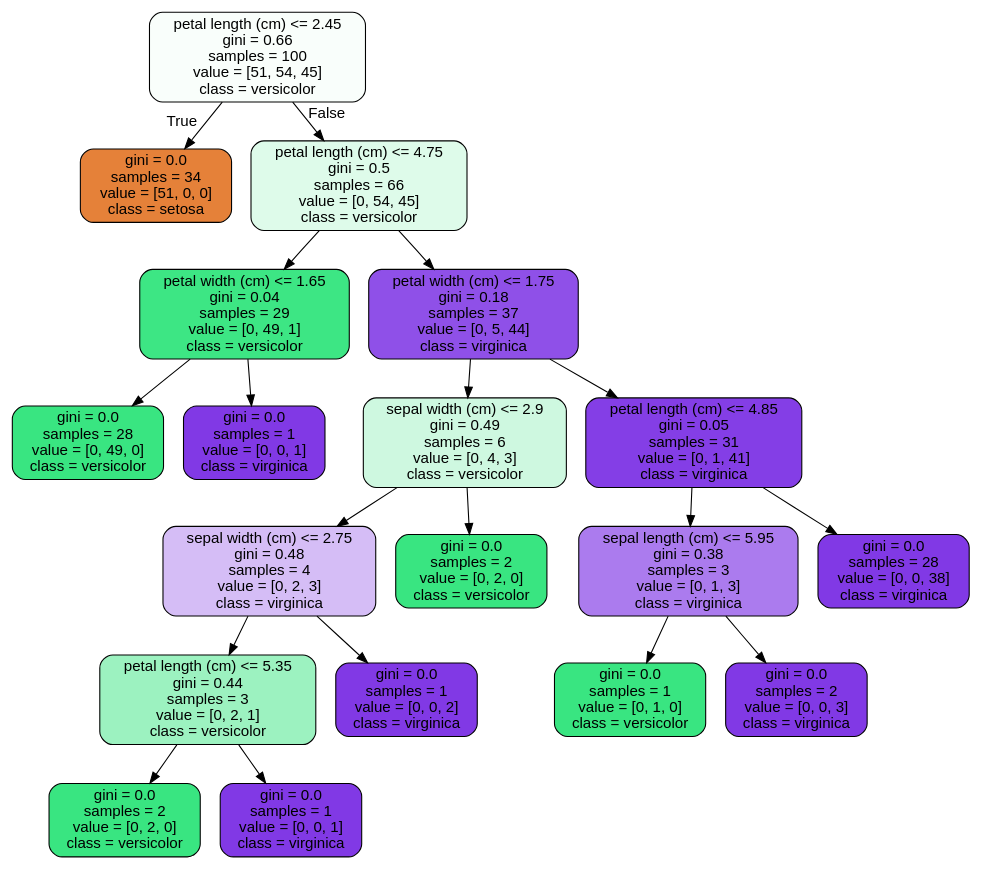
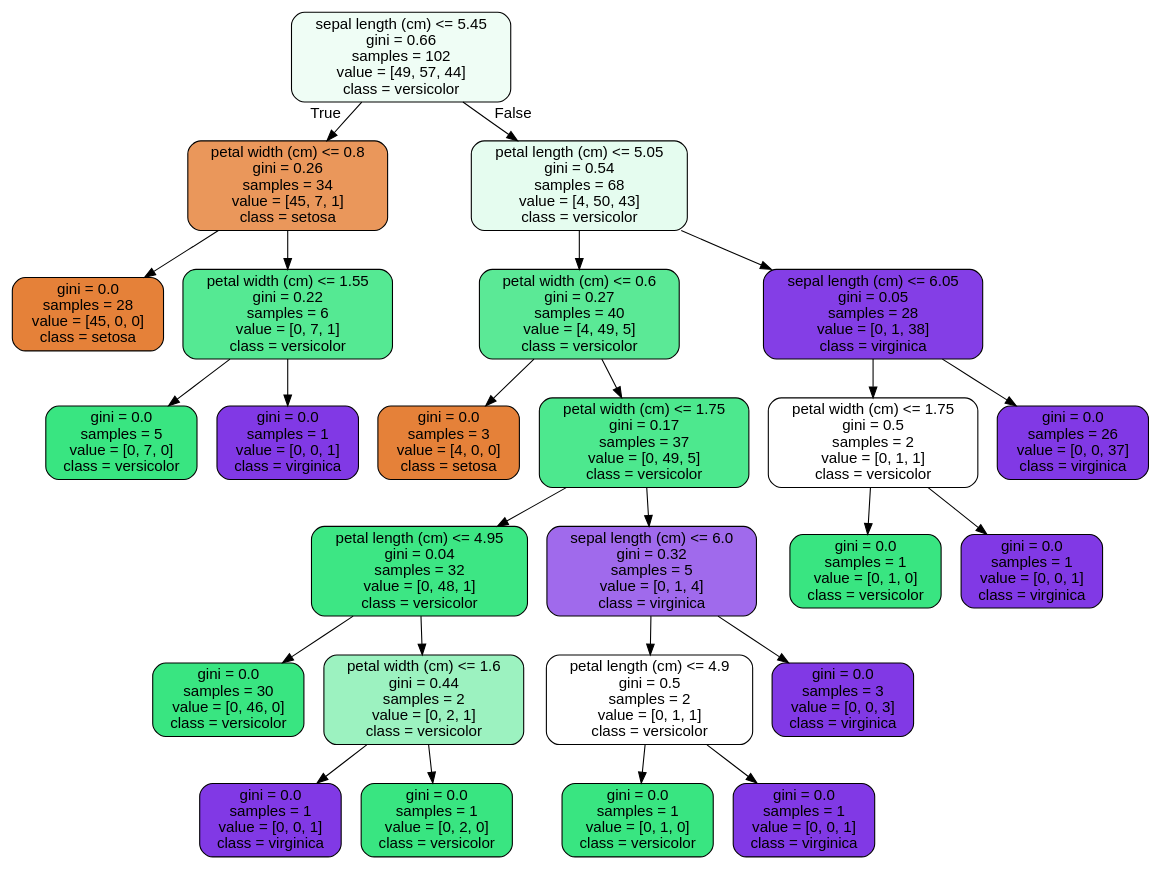
One commit to Nihita-Ujjual/Unit-14 changed the diagram in tree.dot. Above: the diagram before and after it, drawn with Graphviz. The commit also changed 1 other file, not shown here.

```diff
--- a/tree.dot
+++ b/tree.dot
@@ -1,41 +1,53 @@
 digraph Tree {
 node [shape=box, style="filled, rounded", color="black", fontname=helvetica] ;
 edge [fontname=helvetica] ;
-0 [label="petal length (cm) <= 2.45\ngini = 0.66\nsamples = 100\nvalue = [51, 54, 45]\nclass = versicolor", fillcolor="#f9fefb"] ;
-1 [label="gini = 0.0\nsamples = 34\nvalue = [51, 0, 0]\nclass = setosa", fillcolor="#e58139"] ;
+0 [label="sepal length (cm) <= 5.45\ngini = 0.66\nsamples = 102\nvalue = [49, 57, 44]\nclass = versicolor", fillcolor="#effdf5"] ;
+1 [label="petal width (cm) <= 0.8\ngini = 0.26\nsamples = 34\nvalue = [45, 7, 1]\nclass = setosa", fillcolor="#ea975b"] ;
 0 -> 1 [labeldistance=2.5, labelangle=45, headlabel="True"] ;
-2 [label="petal length (cm) <= 4.75\ngini = 0.5\nsamples = 66\nvalue = [0, 54, 45]\nclass = versicolor", fillcolor="#defbea"] ;
-0 -> 2 [labeldistance=2.5, labelangle=-45, headlabel="False"] ;
-3 [label="petal width (cm) <= 1.65\ngini = 0.04\nsamples = 29\nvalue = [0, 49, 1]\nclass = versicolor", fillcolor="#3de684"] ;
-2 -> 3 ;
-4 [label="gini = 0.0\nsamples = 28\nvalue = [0, 49, 0]\nclass = versicolor", fillcolor="#39e581"] ;
+2 [label="gini = 0.0\nsamples = 28\nvalue = [45, 0, 0]\nclass = setosa", fillcolor="#e58139"] ;
+1 -> 2 ;
+3 [label="petal width (cm) <= 1.55\ngini = 0.22\nsamples = 6\nvalue = [0, 7, 1]\nclass = versicolor", fillcolor="#55e993"] ;
+1 -> 3 ;
+4 [label="gini = 0.0\nsamples = 5\nvalue = [0, 7, 0]\nclass = versicolor", fillcolor="#39e581"] ;
 3 -> 4 ;
 5 [label="gini = 0.0\nsamples = 1\nvalue = [0, 0, 1]\nclass = virginica", fillcolor="#8139e5"] ;
 3 -> 5 ;
-6 [label="petal width (cm) <= 1.75\ngini = 0.18\nsamples = 37\nvalue = [0, 5, 44]\nclass = virginica", fillcolor="#8f50e8"] ;
-2 -> 6 ;
-7 [label="sepal width (cm) <= 2.9\ngini = 0.49\nsamples = 6\nvalue = [0, 4, 3]\nclass = versicolor", fillcolor="#cef8e0"] ;
+6 [label="petal length (cm) <= 5.05\ngini = 0.54\nsamples = 68\nvalue = [4, 50, 43]\nclass = versicolor", fillcolor="#e5fcef"] ;
+0 -> 6 [labeldistance=2.5, labelangle=-45, headlabel="False"] ;
+7 [label="petal width (cm) <= 0.6\ngini = 0.27\nsamples = 40\nvalue = [4, 49, 5]\nclass = versicolor", fillcolor="#5be996"] ;
 6 -> 7 ;
-8 [label="sepal width (cm) <= 2.75\ngini = 0.48\nsamples = 4\nvalue = [0, 2, 3]\nclass = virginica", fillcolor="#d5bdf6"] ;
+8 [label="gini = 0.0\nsamples = 3\nvalue = [4, 0, 0]\nclass = setosa", fillcolor="#e58139"] ;
 7 -> 8 ;
-9 [label="petal length (cm) <= 5.35\ngini = 0.44\nsamples = 3\nvalue = [0, 2, 1]\nclass = versicolor", fillcolor="#9cf2c0"] ;
-8 -> 9 ;
-10 [label="gini = 0.0\nsamples = 2\nvalue = [0, 2, 0]\nclass = versicolor", fillcolor="#39e581"] ;
+9 [label="petal width (cm) <= 1.75\ngini = 0.17\nsamples = 37\nvalue = [0, 49, 5]\nclass = versicolor", fillcolor="#4de88e"] ;
+7 -> 9 ;
+10 [label="petal length (cm) <= 4.95\ngini = 0.04\nsamples = 32\nvalue = [0, 48, 1]\nclass = versicolor", fillcolor="#3de684"] ;
 9 -> 10 ;
-11 [label="gini = 0.0\nsamples = 1\nvalue = [0, 0, 1]\nclass = virginica", fillcolor="#8139e5"] ;
-9 -> 11 ;
-12 [label="gini = 0.0\nsamples = 1\nvalue = [0, 0, 2]\nclass = virginica", fillcolor="#8139e5"] ;
-8 -> 12 ;
-13 [label="gini = 0.0\nsamples = 2\nvalue = [0, 2, 0]\nclass = versicolor", fillcolor="#39e581"] ;
-7 -> 13 ;
-14 [label="petal length (cm) <= 4.85\ngini = 0.05\nsamples = 31\nvalue = [0, 1, 41]\nclass = virginica", fillcolor="#843ee6"] ;
-6 -> 14 ;
-15 [label="sepal length (cm) <= 5.95\ngini = 0.38\nsamples = 3\nvalue = [0, 1, 3]\nclass = virginica", fillcolor="#ab7bee"] ;
-14 -> 15 ;
-16 [label="gini = 0.0\nsamples = 1\nvalue = [0, 1, 0]\nclass = versicolor", fillcolor="#39e581"] ;
+11 [label="gini = 0.0\nsamples = 30\nvalue = [0, 46, 0]\nclass = versicolor", fillcolor="#39e581"] ;
+10 -> 11 ;
+12 [label="petal width (cm) <= 1.6\ngini = 0.44\nsamples = 2\nvalue = [0, 2, 1]\nclass = versicolor", fillcolor="#9cf2c0"] ;
+10 -> 12 ;
+13 [label="gini = 0.0\nsamples = 1\nvalue = [0, 0, 1]\nclass = virginica", fillcolor="#8139e5"] ;
+12 -> 13 ;
+14 [label="gini = 0.0\nsamples = 1\nvalue = [0, 2, 0]\nclass = versicolor", fillcolor="#39e581"] ;
+12 -> 14 ;
+15 [label="sepal length (cm) <= 6.0\ngini = 0.32\nsamples = 5\nvalue = [0, 1, 4]\nclass = virginica", fillcolor="#a06aec"] ;
+9 -> 15 ;
+16 [label="petal length (cm) <= 4.9\ngini = 0.5\nsamples = 2\nvalue = [0, 1, 1]\nclass = versicolor", fillcolor="#ffffff"] ;
 15 -> 16 ;
-17 [label="gini = 0.0\nsamples = 2\nvalue = [0, 0, 3]\nclass = virginica", fillcolor="#8139e5"] ;
-15 -> 17 ;
-18 [label="gini = 0.0\nsamples = 28\nvalue = [0, 0, 38]\nclass = virginica", fillcolor="#8139e5"] ;
-14 -> 18 ;
+17 [label="gini = 0.0\nsamples = 1\nvalue = [0, 1, 0]\nclass = versicolor", fillcolor="#39e581"] ;
+16 -> 17 ;
+18 [label="gini = 0.0\nsamples = 1\nvalue = [0, 0, 1]\nclass = virginica", fillcolor="#8139e5"] ;
+16 -> 18 ;
+19 [label="gini = 0.0\nsamples = 3\nvalue = [0, 0, 3]\nclass = virginica", fillcolor="#8139e5"] ;
+15 -> 19 ;
+20 [label="sepal length (cm) <= 6.05\ngini = 0.05\nsamples = 28\nvalue = [0, 1, 38]\nclass = virginica", fillcolor="#843ee6"] ;
+6 -> 20 ;
+21 [label="petal width (cm) <= 1.75\ngini = 0.5\nsamples = 2\nvalue = [0, 1, 1]\nclass = versicolor", fillcolor="#ffffff"] ;
+20 -> 21 ;
+22 [label="gini = 0.0\nsamples = 1\nvalue = [0, 1, 0]\nclass = versicolor", fillcolor="#39e581"] ;
+21 -> 22 ;
+23 [label="gini = 0.0\nsamples = 1\nvalue = [0, 0, 1]\nclass = virginica", fillcolor="#8139e5"] ;
+21 -> 23 ;
+24 [label="gini = 0.0\nsamples = 26\nvalue = [0, 0, 37]\nclass = virginica", fillcolor="#8139e5"] ;
+20 -> 24 ;
 }
```
